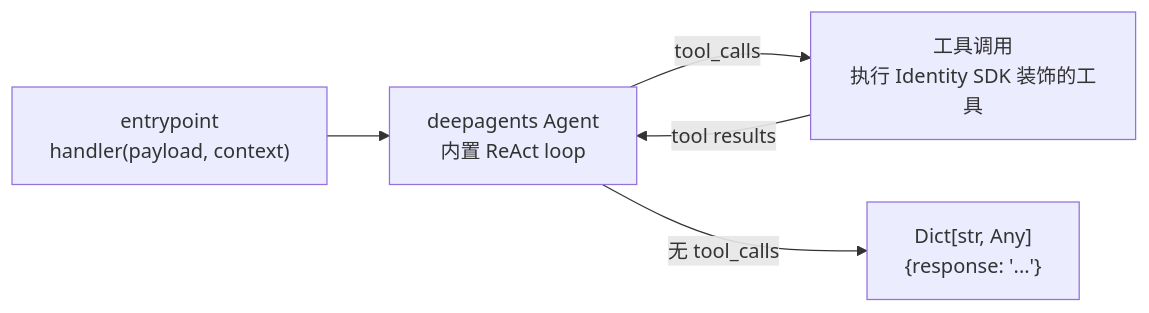
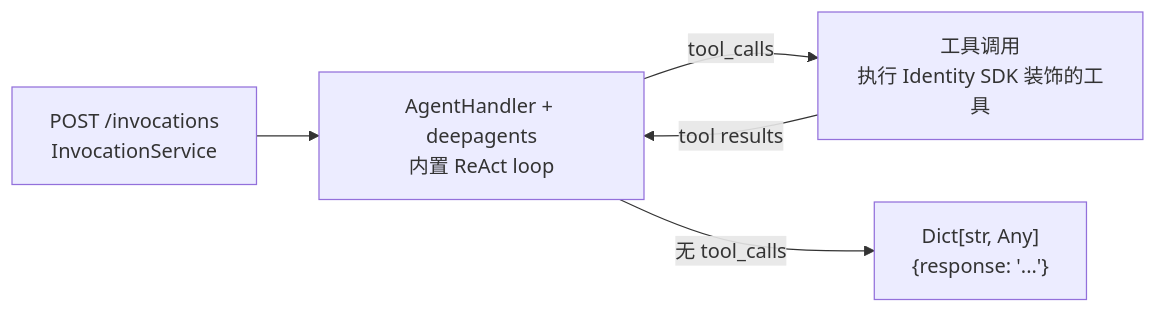
The fifth of 7 diagrams in personal-assistant-meta/architecture/overall_architecture.md (T-1009/personal-assistant), drawn with Mermaid before and after one commit. The commit also changed other lines of this file and 105 other files, not shown here.

````diff
--- a/personal-assistant-meta/architecture/overall_architecture.md
+++ b/personal-assistant-meta/architecture/overall_architecture.md
@@ -409,7 +424,7 @@
 ```mermaid
 flowchart LR
-    Entry["entrypoint<br/>handler(payload, context)"] --> Agent["deepagents Agent<br/>内置 ReAct loop"]
+    Entry["POST /invocations<br/>InvocationService"] --> Agent["AgentHandler + deepagents<br/>内置 ReAct loop"]
     Agent -->|"tool_calls"| Tools["工具调用<br/>执行 Identity SDK 装饰的工具"]
     Agent -->|"无 tool_calls"| Response["Dict[str, Any]<br/>{response: '...'}"]
     Tools -->|"tool results"| Agent
 ```
````
